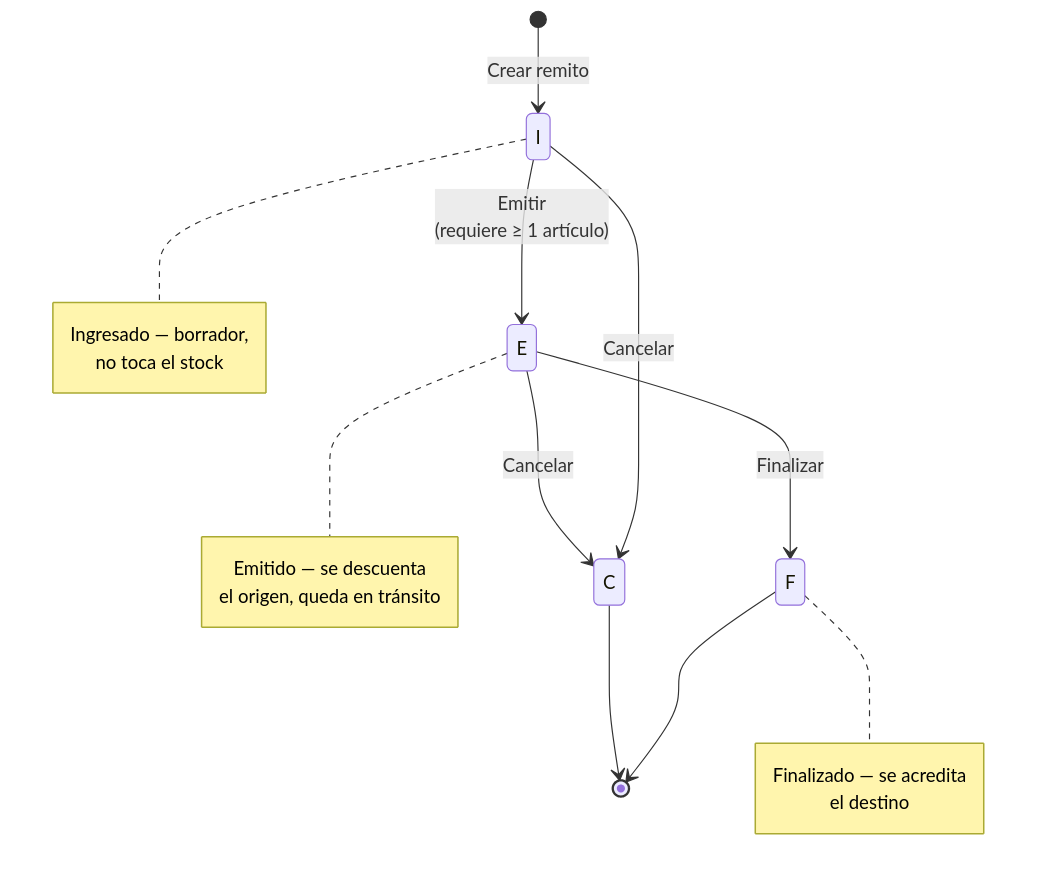
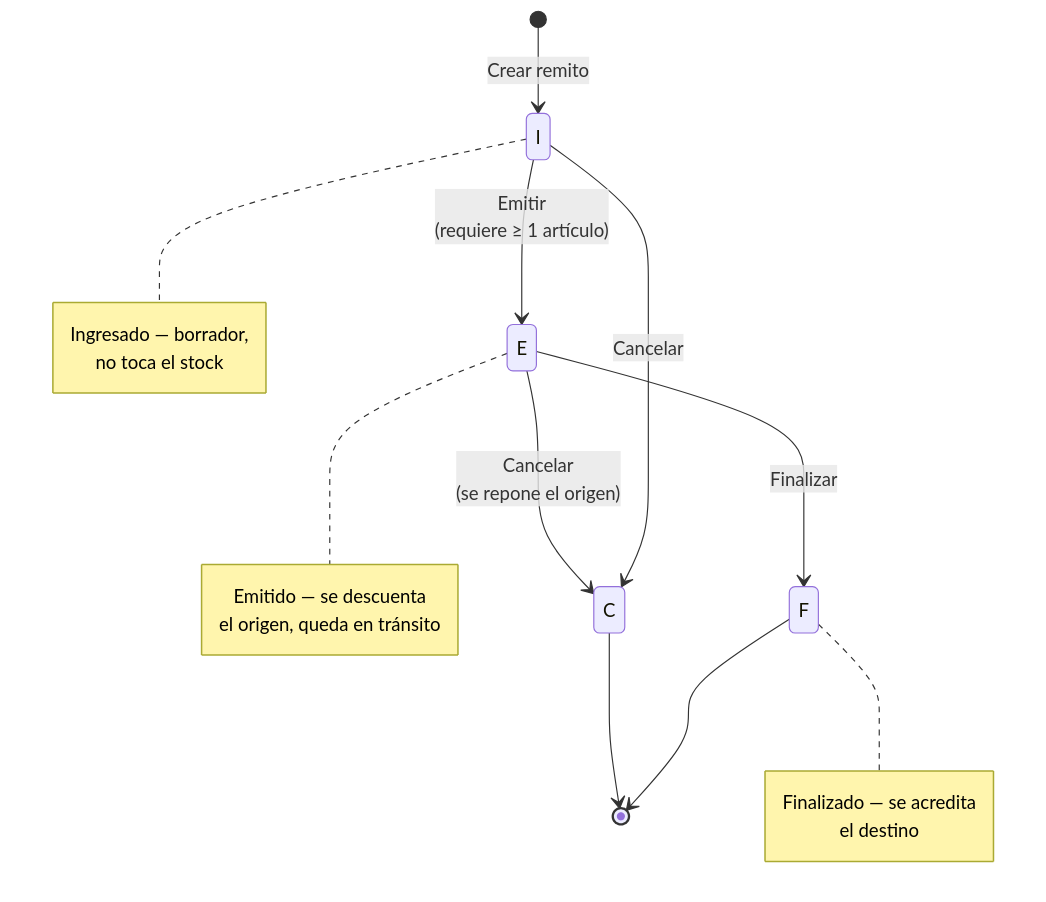
Before and after one commit to facundomassa/stock_system_laravel: the third of 3 diagrams in docs/flujos-de-negocio.md, drawn with Mermaid. The commit also changed other lines of this file and 15 other files, not shown here.

````diff
--- a/docs/flujos-de-negocio.md
+++ b/docs/flujos-de-negocio.md
@@ -35,13 +35,13 @@
 ```mermaid
 stateDiagram-v2
     [*] --> I: Crear remito
     I --> E: Emitir<br/>(requiere ≥ 1 artículo)
     I --> C: Cancelar
     E --> F: Finalizar
-    E --> C: Cancelar
+    E --> C: Cancelar<br/>(se repone el origen)
     F --> [*]
     C --> [*]
     note right of I: Ingresado — borrador,<br/>no toca el stock
     note right of E: Emitido — se descuenta<br/>el origen, queda en tránsito
     note right of F: Finalizado — se acredita<br/>el destino
 ```
````
